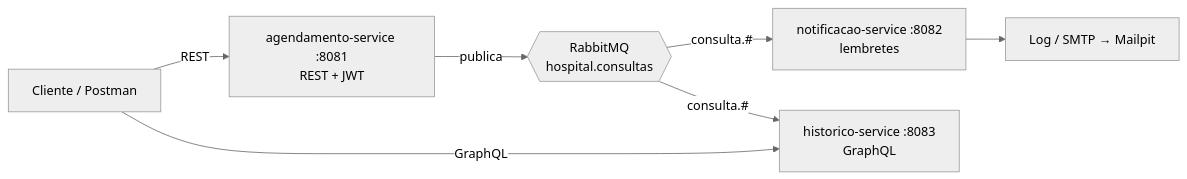
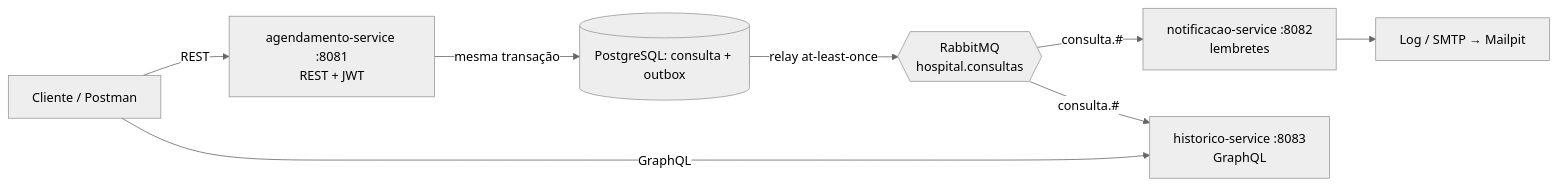
The diagram in README.md (g-andradd/hospital-scheduling-fase3), drawn with Mermaid (neutral theme) before and after one commit. The commit also changed other lines of this file and 72 other files, not shown here.

````diff
--- a/README.md
+++ b/README.md
@@ -18,15 +18,16 @@
 ```mermaid
 flowchart LR
     C[Cliente / Postman]
     A["agendamento-service :8081<br/>REST + JWT"]
     N["notificacao-service :8082<br/>lembretes"]
     H["historico-service :8083<br/>GraphQL"]
     R{{"RabbitMQ<br/>hospital.consultas"}}
 
     C -->|REST| A
     C -->|GraphQL| H
-    A -->|publica| R
+    A -->|mesma transação| O[(PostgreSQL: consulta + outbox)]
+    O -->|relay at-least-once| R
     R -->|consulta.#| N
     R -->|consulta.#| H
     N --> M[Log / SMTP → Mailpit]
 ```
````
